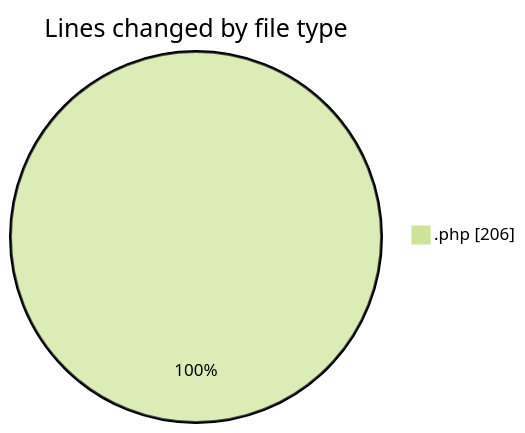
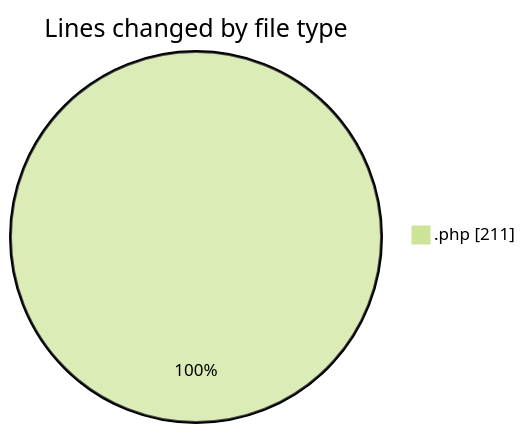
The first of 2 diagrams in 2025-10-03/totem2/README.md (LanceThiago/code-tracking), drawn with Mermaid (forest theme) before and after one commit. The commit also changed other lines of this file and 1 other file, not shown here.

````diff
--- a/2025-10-03/totem2/README.md
+++ b/2025-10-03/totem2/README.md
@@ -20,5 +20,5 @@
 ```mermaid
 pie showData
 title Lines changed by file type
-".php" : 206
+".php" : 211
 ```
````
